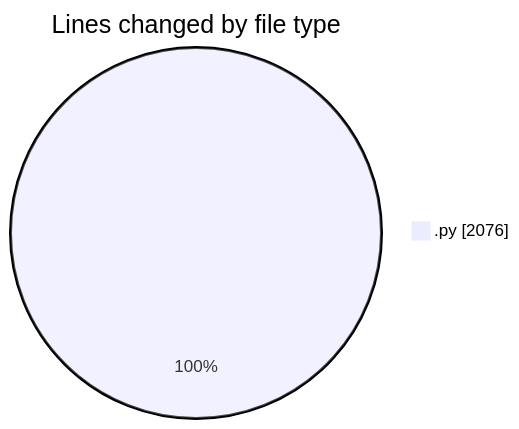
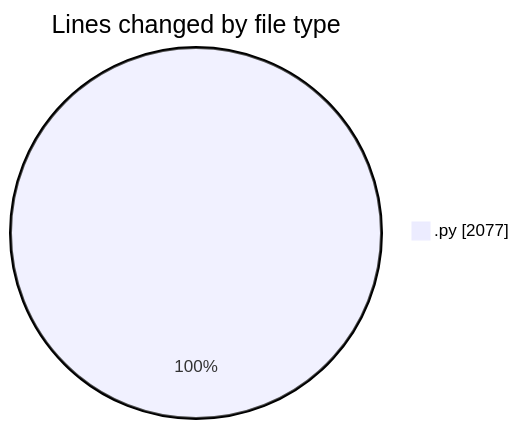
Before and after one commit to MatusMokan/code-tracking: the first of 2 diagrams in 2025-04-19/myws__workspace_/README.md, drawn with Mermaid. The commit also changed other lines of this file and 1 other file, not shown here.

````diff
--- a/2025-04-19/myws__workspace_/README.md
+++ b/2025-04-19/myws__workspace_/README.md
@@ -23,5 +23,5 @@
 ```mermaid
 pie showData
 title Lines changed by file type
-".py" : 2076
+".py" : 2077
 ```
````
